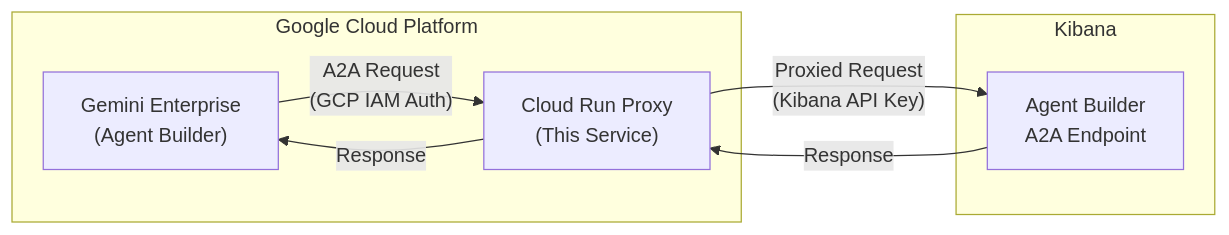
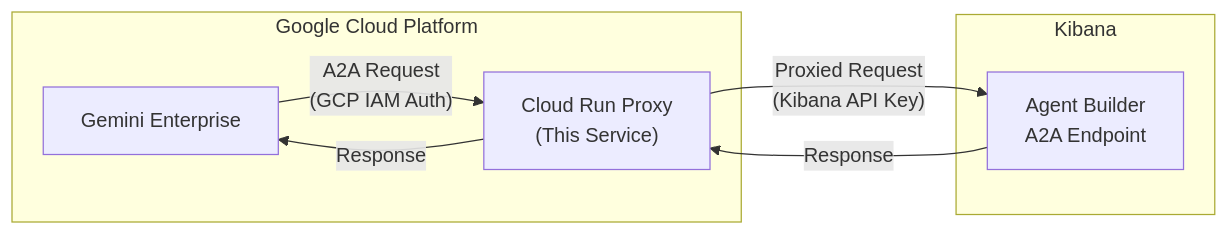
The diagram in README.md (elastic/agent-builder-a2a-example), drawn with Mermaid before and after one commit.

Commit message:
Fix formatting in README.md for Gemini Enterprise

````diff
--- a/README.md
+++ b/README.md
@@ -7,16 +7,16 @@
 ```mermaid
 flowchart LR
     subgraph GCP["Google Cloud Platform"]
-        GE["Gemini Enterprise<br/>(Agent Builder)"]
+        GE["Gemini Enterprise<br/>"]
         CR["Cloud Run Proxy<br/>(This Service)"]
     end
 
     subgraph Kibana["Kibana"]
         EA["Agent Builder<br/>A2A Endpoint"]
     end
 
     GE -->|"A2A Request<br/>(GCP IAM Auth)"| CR
     CR -->|"Proxied Request<br/>(Kibana API Key)"| EA
     EA -->|Response| CR
     CR -->|Response| GE
 ```
````
